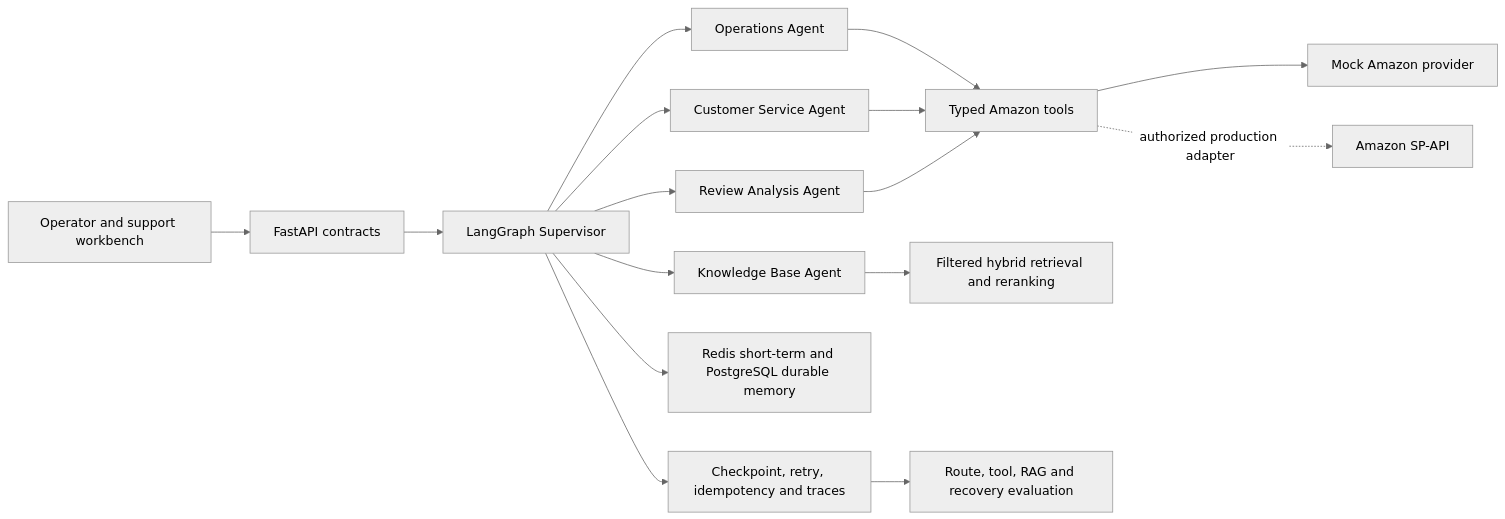
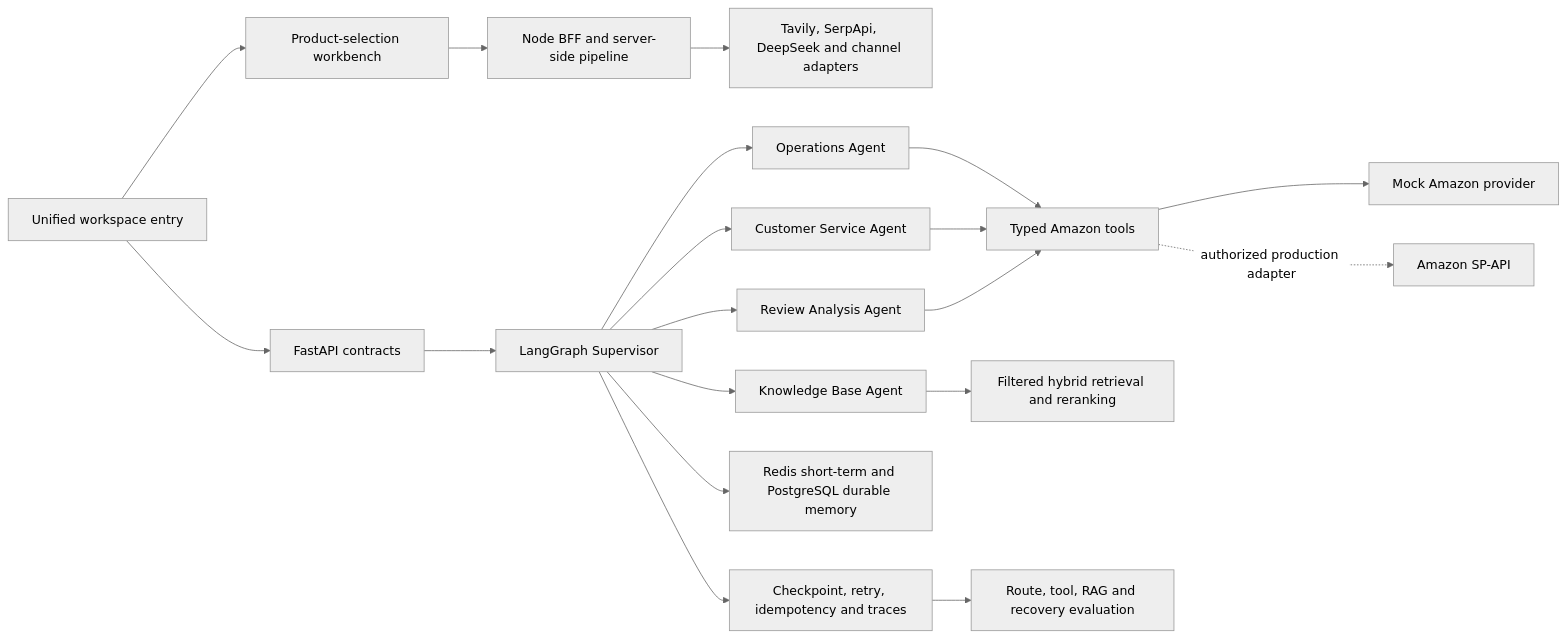
One commit to Mc442578/crossborder-nexus changed the diagram in docs/architecture.md. Above: the diagram before and after it, drawn with Mermaid (neutral theme). The commit also changed other lines of this file and 116 other files, not shown here.

Commit message:
feat: integrate product selection workbench

````diff
--- a/docs/architecture.md
+++ b/docs/architecture.md
@@ -5,18 +5,21 @@
 ```mermaid
 flowchart LR
-    UI[Operator and support workbench] --> API[FastAPI contracts]
+    UI[Unified workspace entry] --> API[FastAPI contracts]
+    UI --> PICK[Product-selection workbench]
+    PICK --> BFF[Node BFF and server-side pipeline]
+    BFF --> SOURCES[Tavily, SerpApi, DeepSeek and channel adapters]
     API --> SUP[LangGraph Supervisor]
     SUP --> OPS[Operations Agent]
     SUP --> CS[Customer Service Agent]
     SUP --> KB[Knowledge Base Agent]
     SUP --> REV[Review Analysis Agent]
     OPS --> TOOLS[Typed Amazon tools]
     CS --> TOOLS
     REV --> TOOLS
     KB --> RAG[Filtered hybrid retrieval and reranking]
     TOOLS --> MOCK[Mock Amazon provider]
     TOOLS -. authorized production adapter .-> SPAPI[Amazon SP-API]
     SUP --> MEM[Redis short-term and PostgreSQL durable memory]
     SUP --> REL[Checkpoint, retry, idempotency and traces]
     REL --> EVAL[Route, tool, RAG and recovery evaluation]
 ```
````
